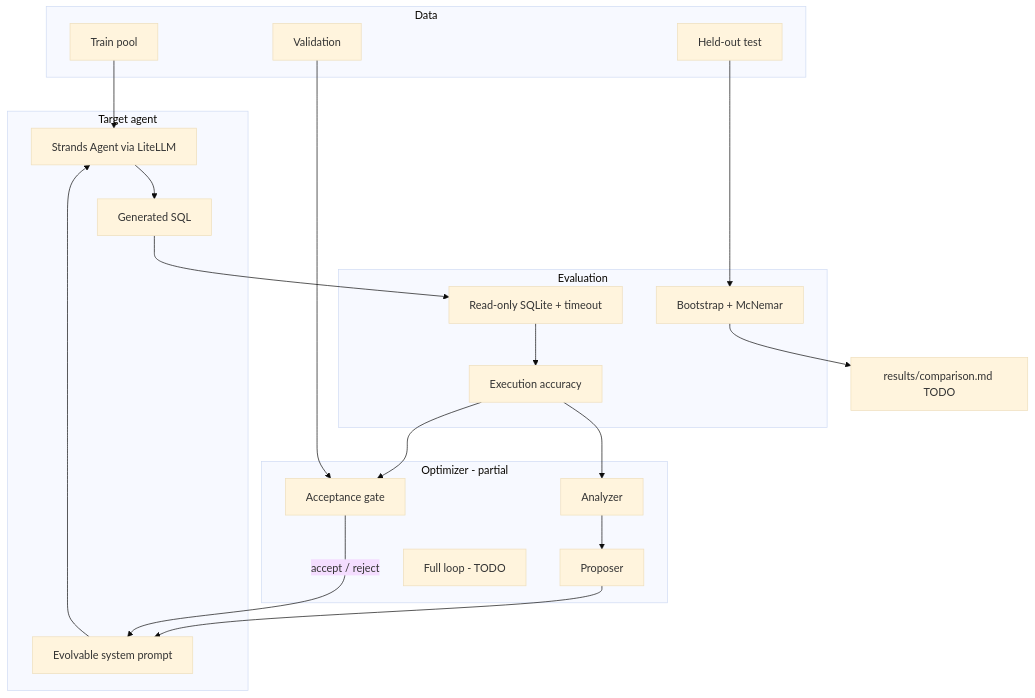
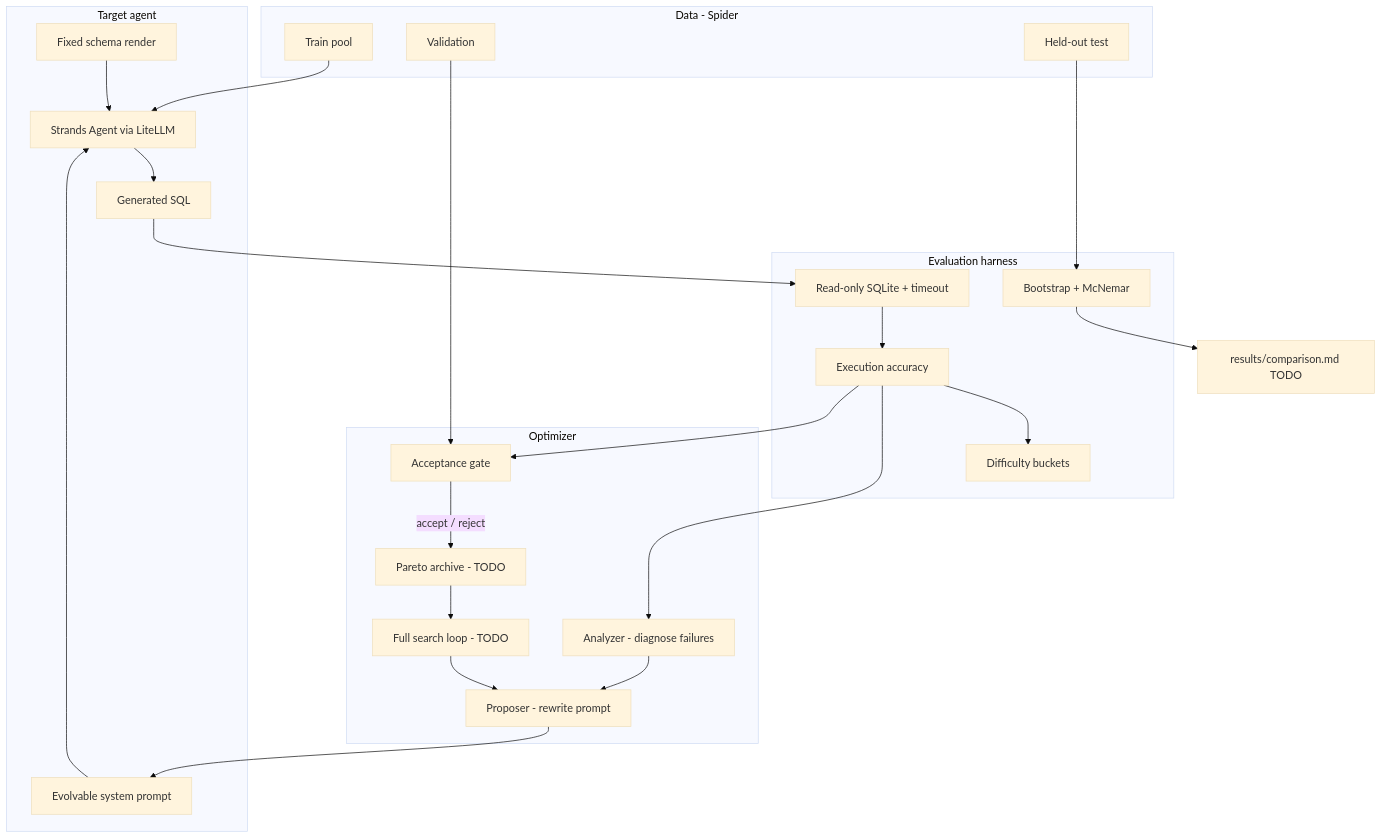
The diagram in README.md (sssahoo-lang/delta), drawn with Mermaid (base theme) before and after one commit. The commit also changed other lines of this file and 2 other files, not shown here.

````diff
--- a/README.md
+++ b/README.md
@@ -64,36 +63,43 @@
 ```mermaid
 flowchart TD
-    subgraph data [Data]
+    subgraph data [Data - Spider]
         train[Train pool]
         val[Validation]
         test[Held-out test]
     end
 
     subgraph target [Target agent]
         prompt[Evolvable system prompt]
+        schema[Fixed schema render]
         agent[Strands Agent via LiteLLM]
         sql[Generated SQL]
     end
 
-    subgraph harness [Evaluation]
+    subgraph harness [Evaluation harness]
         exec[Read-only SQLite + timeout]
         score[Execution accuracy]
+        buckets[Difficulty buckets]
         stats[Bootstrap + McNemar]
     end
 
-    subgraph smith [Optimizer - partial]
-        analyzer[Analyzer]
-        proposer[Proposer]
+    subgraph smith [Optimizer]
+        analyzer[Analyzer - diagnose failures]
+        proposer[Proposer - rewrite prompt]
         gate[Acceptance gate]
-        loop[Full loop - TODO]
+        archive[Pareto archive - TODO]
+        loop[Full search loop - TODO]
     end
 
     train --> agent
     prompt --> agent
+    schema --> agent
     agent --> sql --> exec --> score
+    score --> buckets
     score --> analyzer --> proposer --> prompt
     score --> gate
     val --> gate
-    gate -->|accept / reject| prompt
+    gate -->|accept / reject| archive
+    archive --> loop
+    loop --> proposer
     test --> stats --> results[results/comparison.md TODO]
 ```
````
